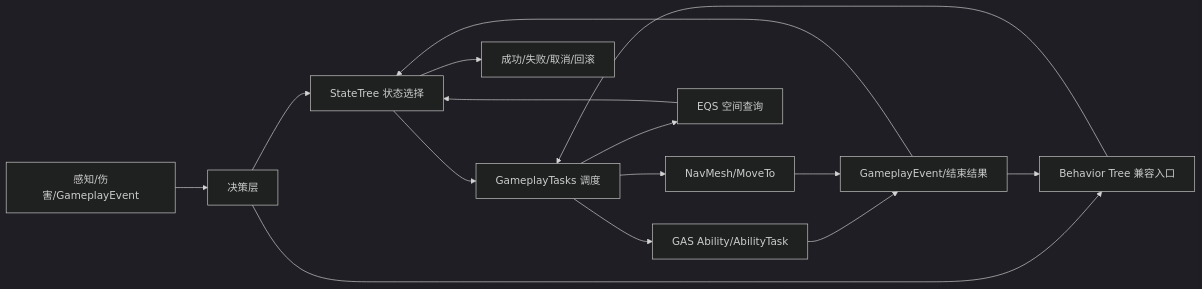
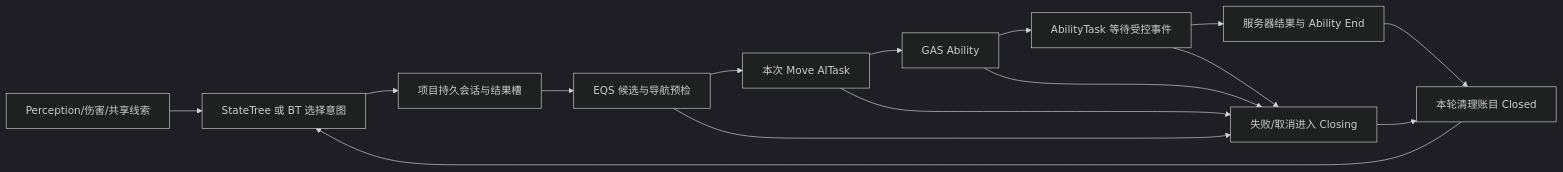
Before and after one commit to fantuan812/learning: the first of 4 diagrams in 知识/06-游戏AI/感知决策与行为规划/07-GameplayTasks-StateTree-GAS-AI协同.md, drawn with Mermaid (dark theme). The commit also changed other lines of this file and 1 other file, not shown here.

````diff
--- a/知识/06-游戏AI/感知决策与行为规划/07-GameplayTasks-StateTree-GAS-AI协同.md
+++ b/知识/06-游戏AI/感知决策与行为规划/07-GameplayTasks-StateTree-GAS-AI协同.md
@@ -56,17 +55,17 @@
 ```mermaid
 flowchart LR
-    P[感知/伤害/GameplayEvent] --> D[决策层]
-    D --> ST[StateTree 状态选择]
-    D --> BT[Behavior Tree 兼容入口]
-    ST --> GT[GameplayTasks 调度]
-    BT --> GT
-    GT --> AB[GAS Ability/AbilityTask]
-    GT --> NAV[NavMesh/MoveTo]
-    GT --> EQS[EQS 空间查询]
-    AB --> EVT[GameplayEvent/结束结果]
-    NAV --> EVT
-    EQS --> ST
-    EVT --> ST
-    EVT --> BT
-    ST --> OUT[成功/失败/取消/回滚]
+    P[Perception/伤害/共享线索] --> D[StateTree 或 BT 选择意图]
+    D --> S[项目持久会话与结果槽]
+    S --> Q[EQS 候选与导航预检]
+    Q --> M[本次 Move AITask]
+    M --> A[GAS Ability]
+    A --> W[AbilityTask 等待受控事件]
+    W --> R[服务器结果与 Ability End]
+    R --> C[本轮清理账目 Closed]
+    C --> D
+    Q --> F[失败/取消进入 Closing]
+    M --> F
+    A --> F
+    W --> F
+    F --> C
 ```
````
